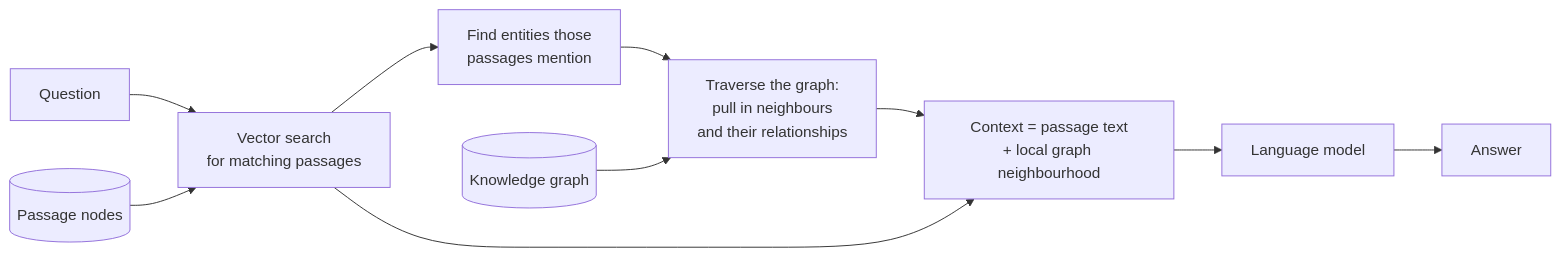
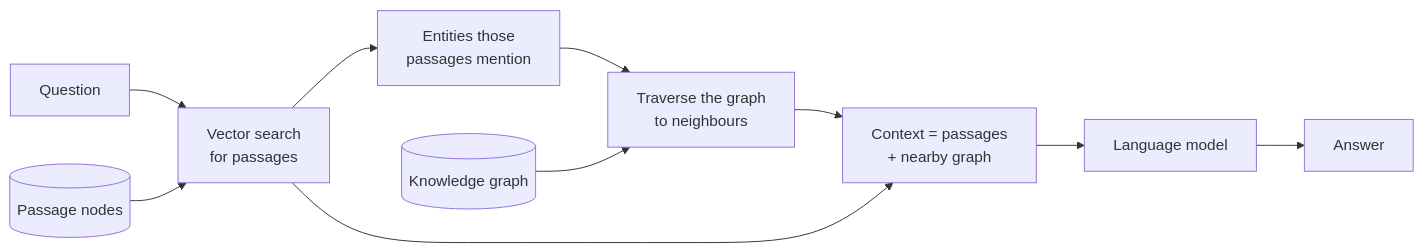
Before and after one commit to jjaaxx44/genai-personal-lab-rag: the second of 2 diagrams in app/demos/rag/graph_rag/README.md, drawn with Mermaid. The commit also changed other lines of this file and 32 other files, not shown here.

````diff
--- a/app/demos/rag/graph_rag/README.md
+++ b/app/demos/rag/graph_rag/README.md
@@ -30,12 +22,12 @@
 ```mermaid
 flowchart LR
-  Q["Question"] --> V["Vector search<br/>for matching passages"]
+  Q["Question"] --> V["Vector search<br/>for passages"]
   G1[("Passage nodes")] --> V
-  V --> E["Find entities those<br/>passages mention"]
-  E --> T["Traverse the graph:<br/>pull in neighbours<br/>and their relationships"]
+  V --> E["Entities those<br/>passages mention"]
+  E --> T["Traverse the graph<br/>to neighbours"]
   G2[("Knowledge graph")] --> T
-  T --> C["Context = passage text<br/>+ local graph neighbourhood"]
+  T --> C["Context = passages<br/>+ nearby graph"]
   V --> C
   C --> L["Language model"]
   L --> A["Answer"]
 ```
````
